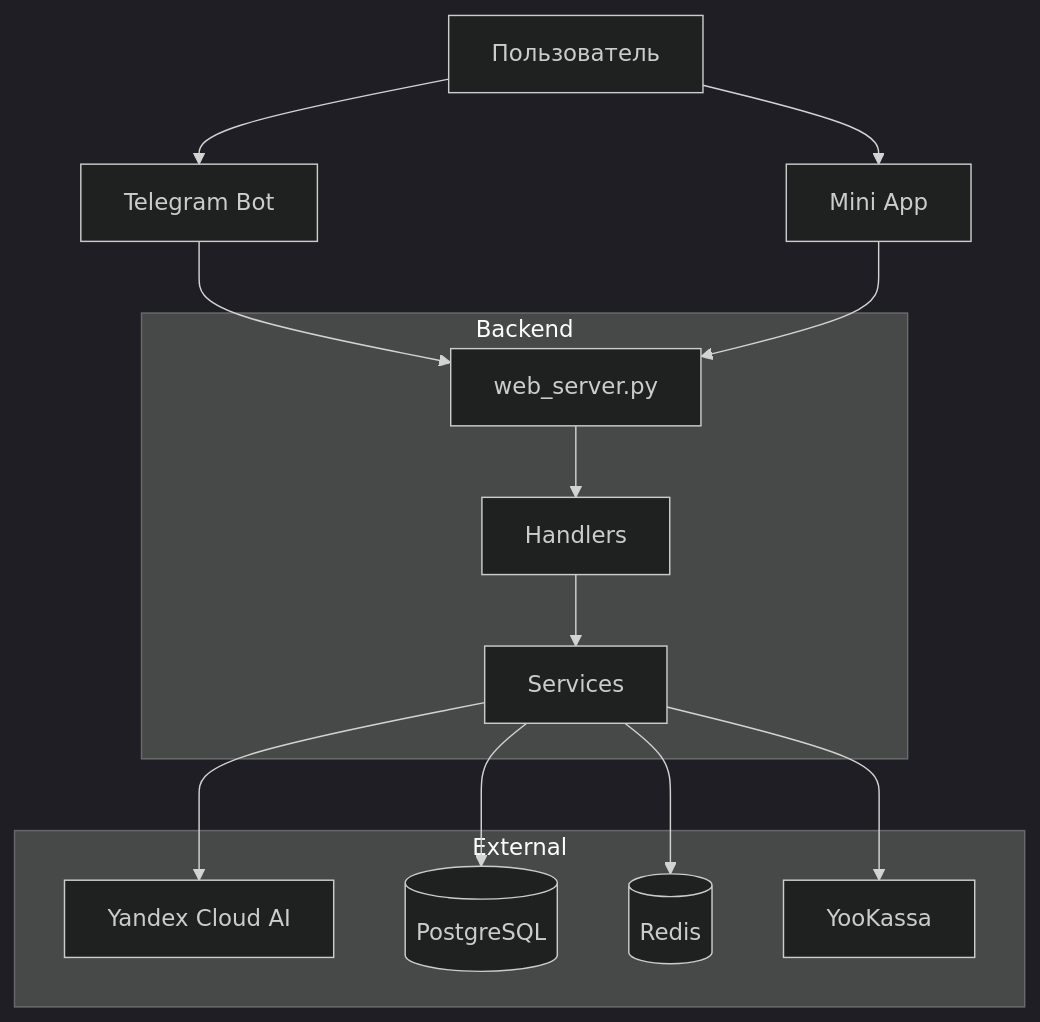
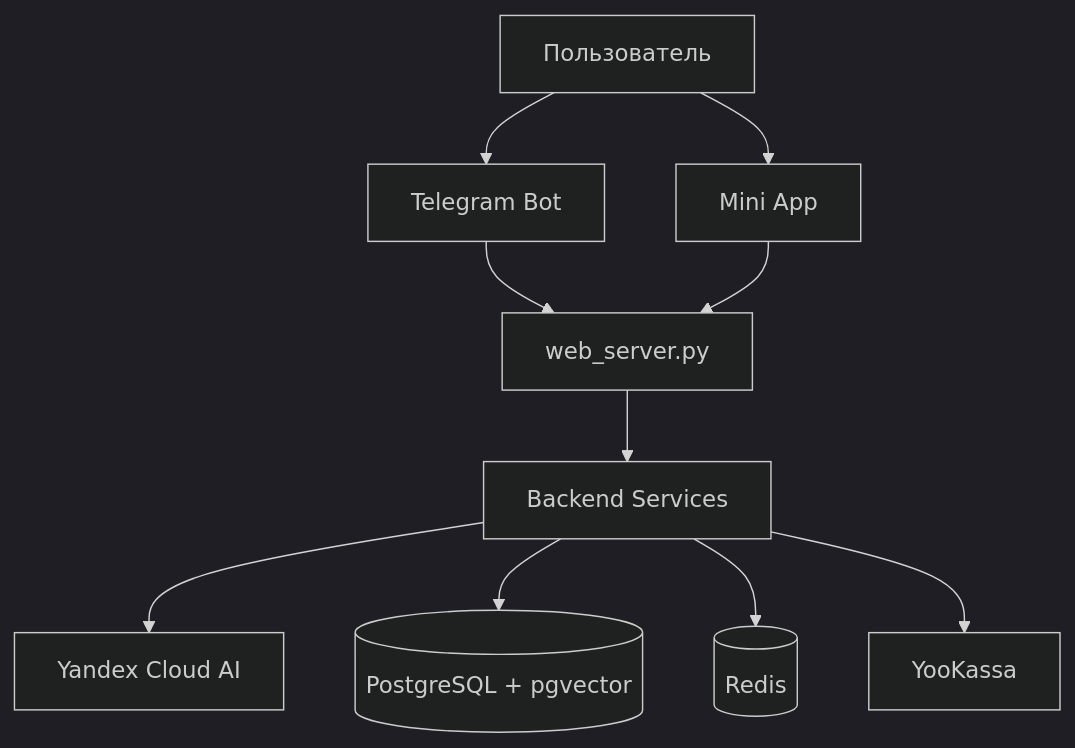
The diagram in README.md (gaus-1/pandapal-bot), drawn with Mermaid (dark theme) before and after one commit. The commit also changed other lines of this file and 6 other files, not shown here.

````diff
--- a/README.md
+++ b/README.md
@@ -267,26 +137,12 @@
 ```mermaid
 graph TB
     User[Пользователь] --> TG[Telegram Bot]
     User --> Web[Mini App]
     TG --> Server[web_server.py]
     Web --> Server
-    Server --> Handlers[Handlers]
-    Handlers --> Services[Services]
+    Server --> Services[Backend Services]
     Services --> AI[Yandex Cloud AI]
-    Services --> DB[(PostgreSQL)]
+    Services --> DB[(PostgreSQL + pgvector)]
     Services --> Redis[(Redis)]
     Services --> YooKassa[YooKassa]
-
-    subgraph Backend
-        Server
-        Handlers
-        Services
-    end
-
-    subgraph External
-        AI
-        DB
-        Redis
-        YooKassa
-    end
 ```
````
